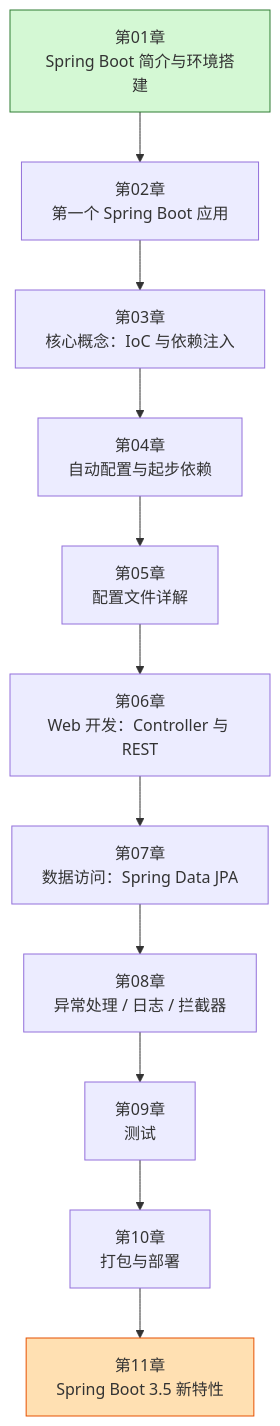
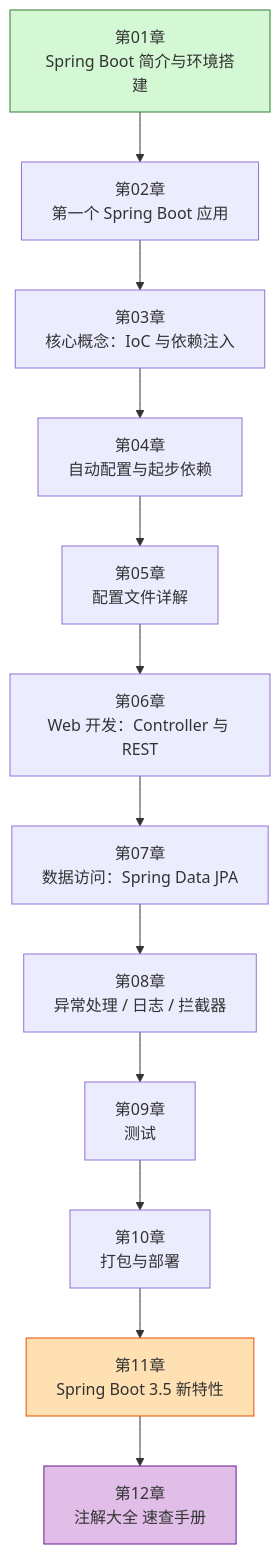
One commit to zerioo1970/summary changed the first of 2 diagrams in spring-boot-3.5-学习资料/README.md. Above: the diagram before and after it, drawn with Mermaid. The commit also changed other lines of this file and 2 other files, not shown here.

Commit message:
docs: 新增第12章《注解大全》并更新导航
- 新增 12-注解大全.md：15+ 分类的注解速查表与示例（启动/IoC/DI/配置/Web/校验/JPA/事务/AOP/异步定时/缓存/条件/测试/安全/Lombok/自定义注解）
- 更新 README 与单文件合并版的路线图、目录与锚点

````diff
--- a/spring-boot-3.5-学习资料/README.md
+++ b/spring-boot-3.5-学习资料/README.md
@@ -13,16 +13,18 @@
 ```mermaid
 flowchart TD
     A[第01章<br/>Spring Boot 简介与环境搭建] --> B[第02章<br/>第一个 Spring Boot 应用]
     B --> C[第03章<br/>核心概念：IoC 与依赖注入]
     C --> D[第04章<br/>自动配置与起步依赖]
     D --> E[第05章<br/>配置文件详解]
     E --> F[第06章<br/>Web 开发：Controller 与 REST]
     F --> G[第07章<br/>数据访问：Spring Data JPA]
     G --> H[第08章<br/>异常处理 / 日志 / 拦截器]
     H --> I[第09章<br/>测试]
     I --> J[第10章<br/>打包与部署]
     J --> K[第11章<br/>Spring Boot 3.5 新特性]
+    K --> L[第12章<br/>注解大全 速查手册]
 
     style A fill:#d4f8d4,stroke:#2e7d32
     style K fill:#ffe0b2,stroke:#e65100
+    style L fill:#e1bee7,stroke:#6a1b9a
 ```
````
